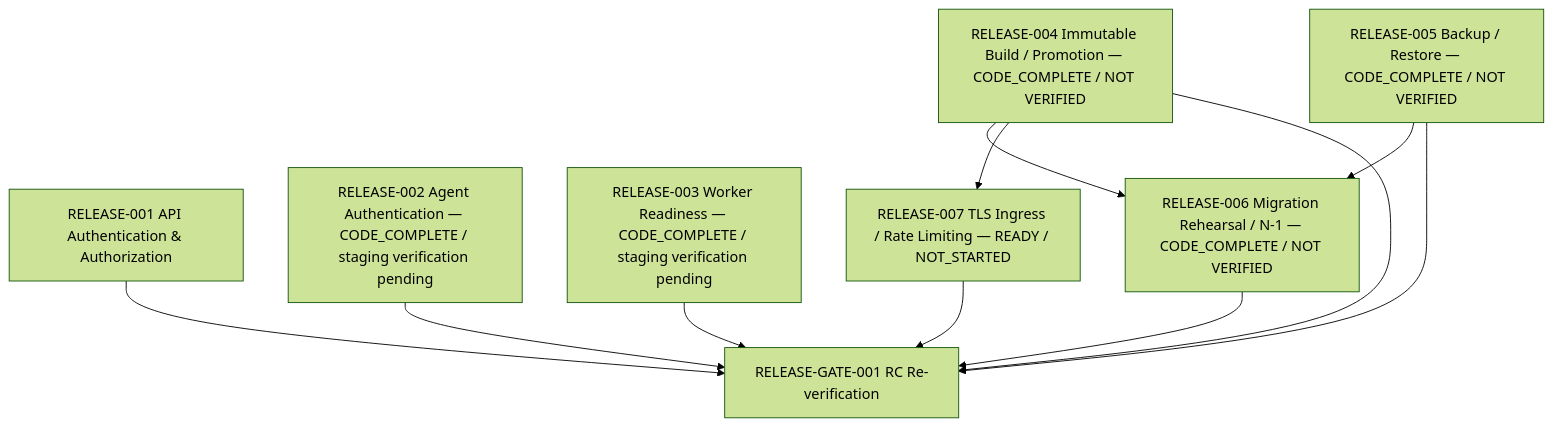
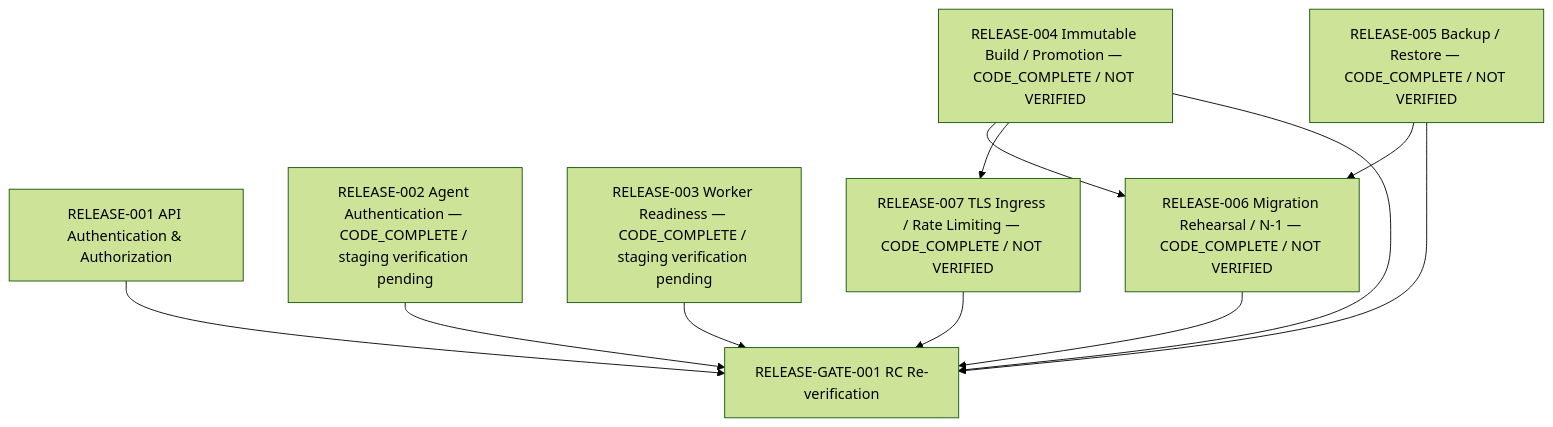
One commit to duclee9x/itcenter changed the diagram in docs/release/RELEASE_DEPENDENCY_GRAPH.md. Above: the diagram before and after it, drawn with Mermaid (forest theme). The commit also changed other lines of this file and 24 other files, not shown here.

````diff
--- a/docs/release/RELEASE_DEPENDENCY_GRAPH.md
+++ b/docs/release/RELEASE_DEPENDENCY_GRAPH.md
@@ -6,23 +6,23 @@
 ```mermaid
 flowchart TD
   R001[RELEASE-001 API Authentication & Authorization]
   R002[RELEASE-002 Agent Authentication — CODE_COMPLETE / staging verification pending]
   R003[RELEASE-003 Worker Readiness — CODE_COMPLETE / staging verification pending]
   R004[RELEASE-004 Immutable Build / Promotion — CODE_COMPLETE / NOT VERIFIED]
   R005[RELEASE-005 Backup / Restore — CODE_COMPLETE / NOT VERIFIED]
   R006[RELEASE-006 Migration Rehearsal / N-1 — CODE_COMPLETE / NOT VERIFIED]
-  R007[RELEASE-007 TLS Ingress / Rate Limiting — READY / NOT_STARTED]
+  R007[RELEASE-007 TLS Ingress / Rate Limiting — CODE_COMPLETE / NOT VERIFIED]
   G001[RELEASE-GATE-001 RC Re-verification]
 
   R004 --> R006
   R005 --> R006
   R004 --> R007
 
   R001 --> G001
   R002 --> G001
   R003 --> G001
   R004 --> G001
   R005 --> G001
   R006 --> G001
   R007 --> G001
 ```
````
